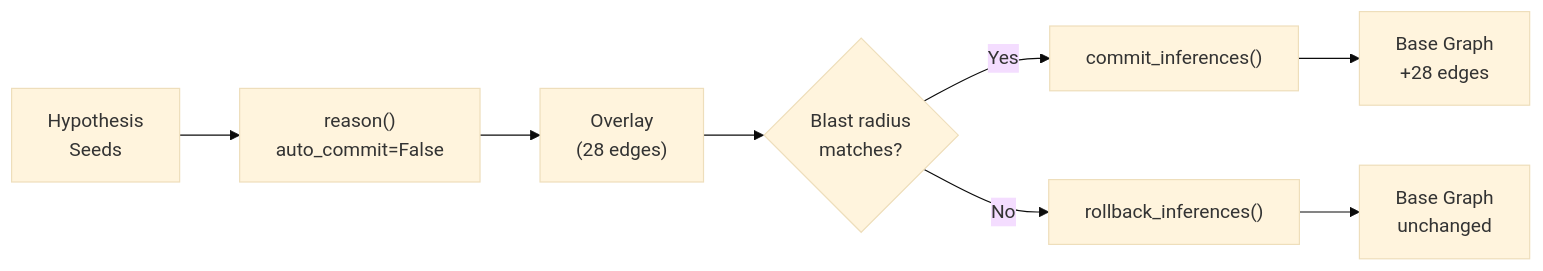
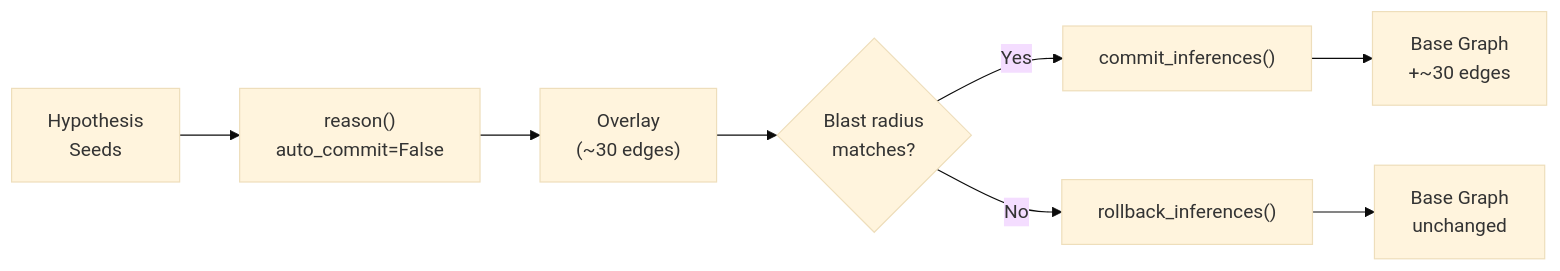
One commit to antquinonez/Hyper3 changed the fourth of 4 diagrams in examples/showcase/workflow/overlay_commit_rollback/README.md. Above: the diagram before and after it, drawn with Mermaid (base theme). The commit also changed other lines of this file and 6 other files, not shown here.

````diff
--- a/examples/showcase/workflow/overlay_commit_rollback/README.md
+++ b/examples/showcase/workflow/overlay_commit_rollback/README.md
@@ -497,10 +543,10 @@
 ```mermaid
 flowchart LR
     H["Hypothesis\nSeeds"] --> R["reason()\nauto_commit=False"]
-    R --> O["Overlay\n(28 edges)"]
+    R --> O["Overlay\n(~30 edges)"]
     O --> E{"Blast radius\nmatches?"}
     E -->|Yes| C["commit_inferences()"]
     E -->|No| RB["rollback_inferences()"]
-    C --> BG["Base Graph\n+28 edges"]
+    C --> BG["Base Graph\n+~30 edges"]
     RB --> BG2["Base Graph\nunchanged"]
 ```
````
